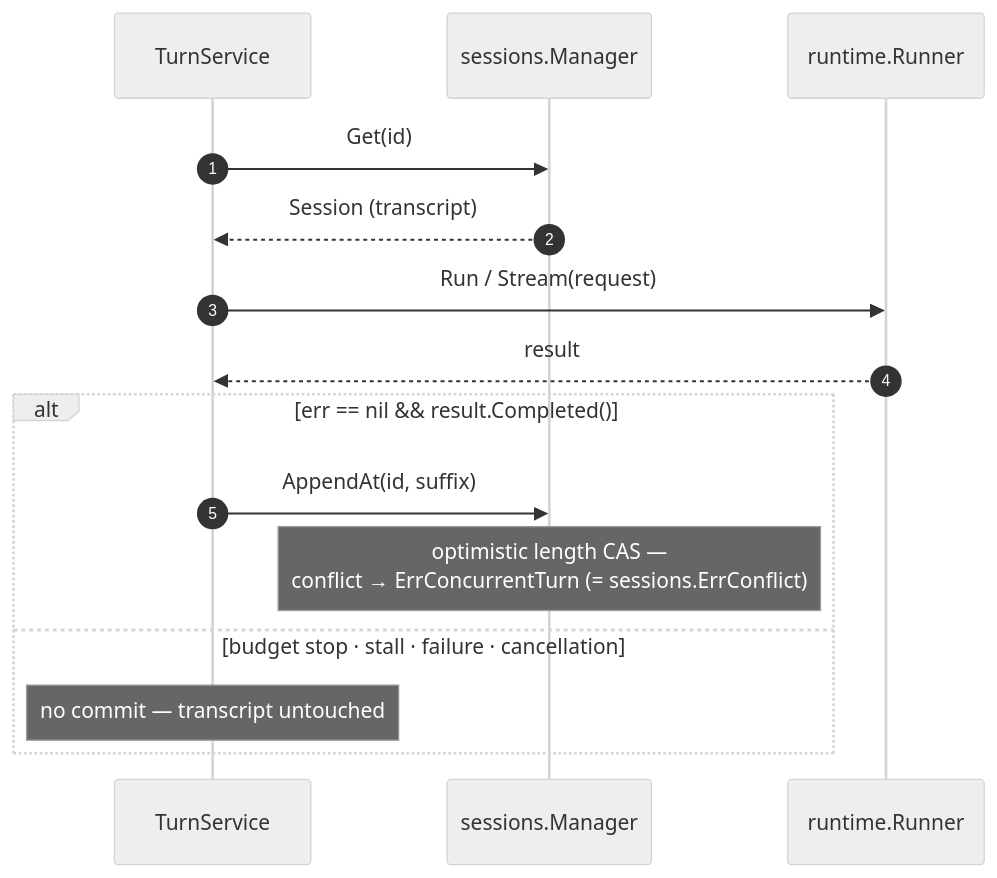
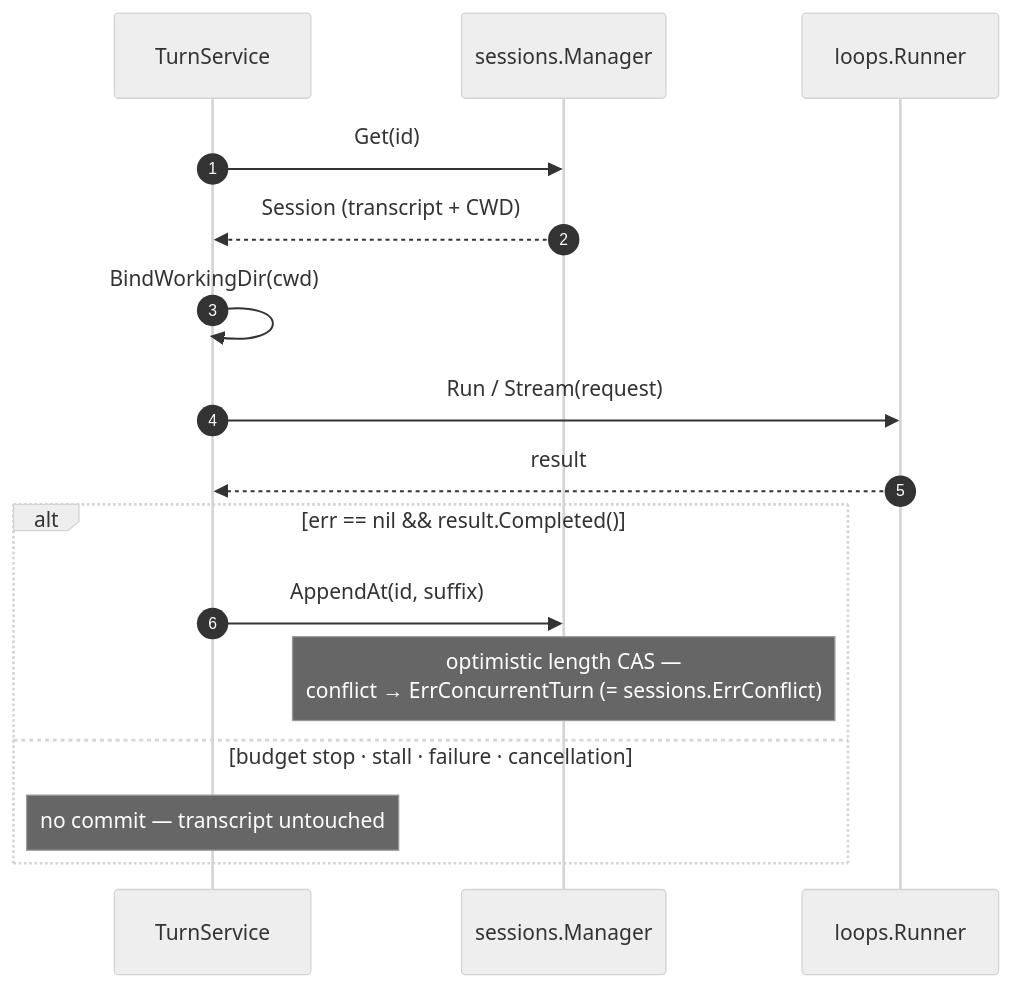
One commit to h2cone/serpe changed the third of 3 diagrams in README.md. Above: the diagram before and after it, drawn with Mermaid (neutral theme). The commit also changed other lines of this file and 216 other files, not shown here.

````diff
--- a/README.md
+++ b/README.md
@@ -191,19 +287,20 @@
 ```mermaid
 sequenceDiagram
     autonumber
     participant C as TurnService
     participant S as sessions.Manager
-    participant R as runtime.Runner
+    participant R as loops.Runner
 
     C->>S: Get(id)
-    S-->>C: Session (transcript)
+    S-->>C: Session (transcript + CWD)
+    C->>C: BindWorkingDir(cwd)
     C->>R: Run / Stream(request)
     R-->>C: result
 
     alt err == nil && result.Completed()
         C->>S: AppendAt(id, suffix)
         Note over S: optimistic length CAS —<br/>conflict → ErrConcurrentTurn (= sessions.ErrConflict)
     else budget stop · stall · failure · cancellation
         Note over C: no commit — transcript untouched
     end
 ```
````
